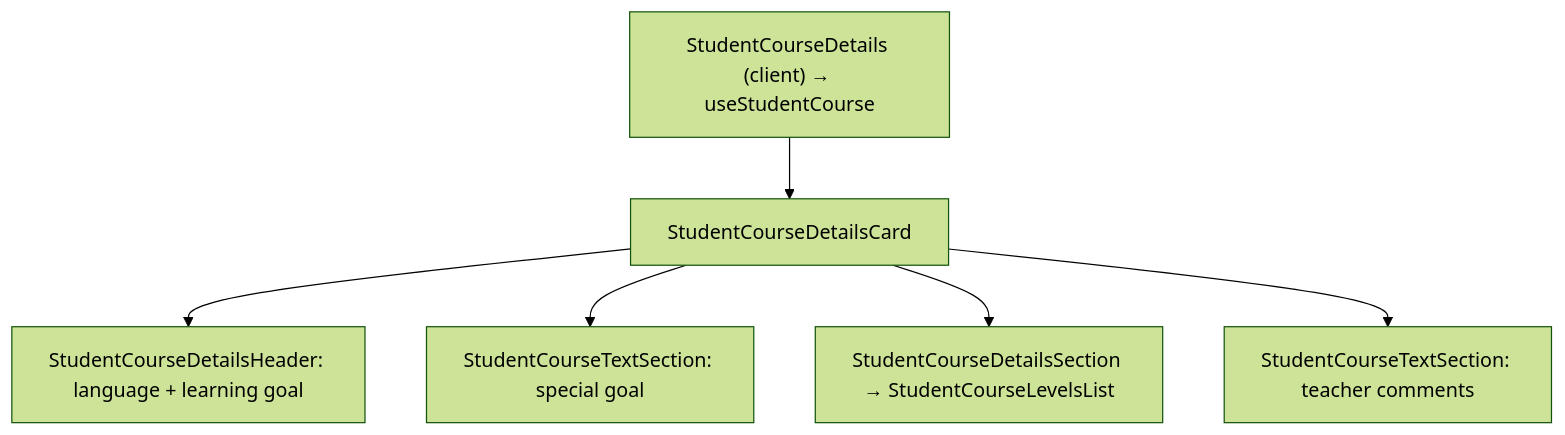
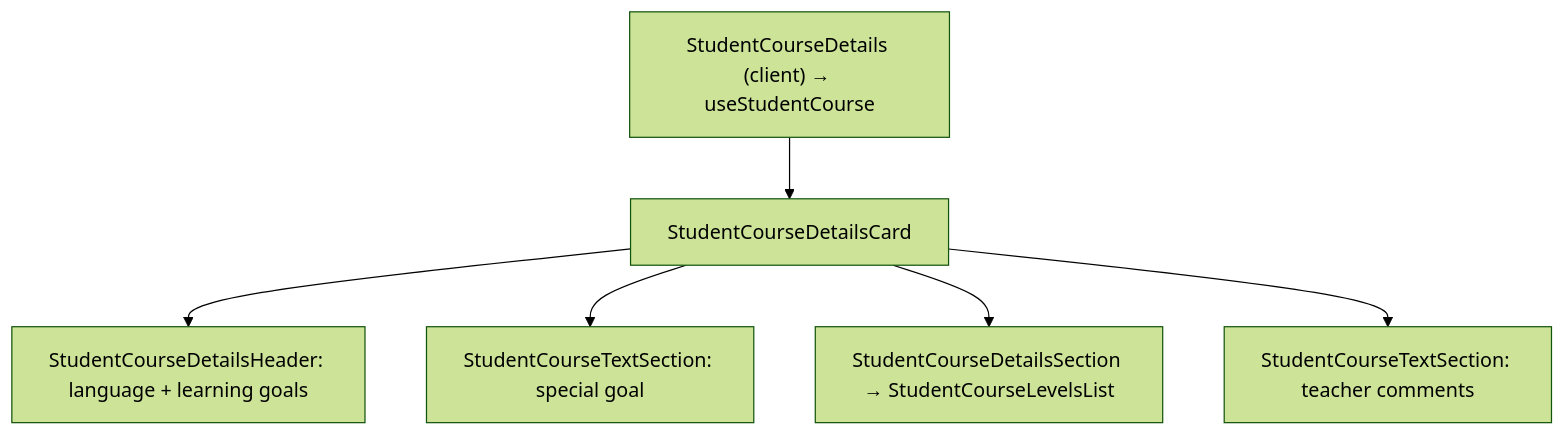
Before and after one commit to KaterynaKocheharova/Practice-app: the fourth of 4 diagrams in front/src/docs/student-courses.md, drawn with Mermaid (forest theme). The commit also changed other lines of this file and 5 other files, not shown here.

Commit message:
update docs after allowing multiple course goals

````diff
--- a/front/src/docs/student-courses.md
+++ b/front/src/docs/student-courses.md
@@ -94,8 +94,8 @@
 ```mermaid
 flowchart TD
   Details["StudentCourseDetails (client) → useStudentCourse"] --> Card[StudentCourseDetailsCard]
-  Card --> Header["StudentCourseDetailsHeader: language + learning goal"]
+  Card --> Header["StudentCourseDetailsHeader: language + learning goals"]
   Card --> Special["StudentCourseTextSection: special goal"]
   Card --> Levels["StudentCourseDetailsSection → StudentCourseLevelsList"]
   Card --> Comments["StudentCourseTextSection: teacher comments"]
 ```
````
